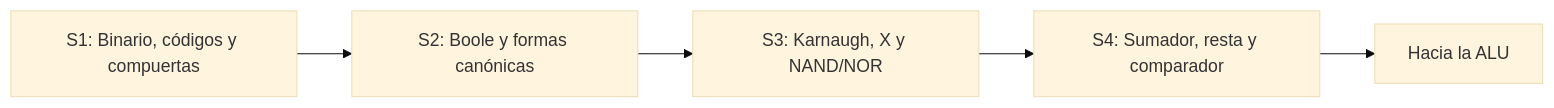
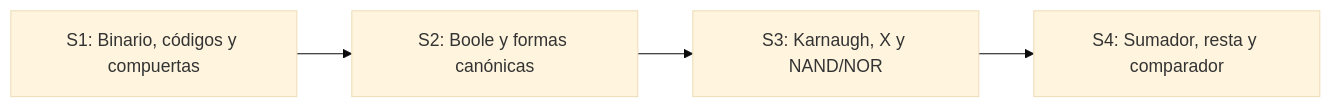
One commit to Davidluna28/cuaderno-dise-o-circuitos changed the diagram in README.md. Above: the diagram before and after it, drawn with Mermaid (base theme).

````diff
--- a/README.md
+++ b/README.md
@@ -43,7 +43,7 @@
 ```mermaid
 flowchart LR
     S1["S1: Binario, códigos y compuertas"] --> S2["S2: Boole y formas canónicas"]
     S2 --> S3["S3: Karnaugh, X y NAND/NOR"]
     S3 --> S4["S4: Sumador, resta y comparador"]
-    S4 --> ALU["Hacia la ALU"]
+   
 ```
````
